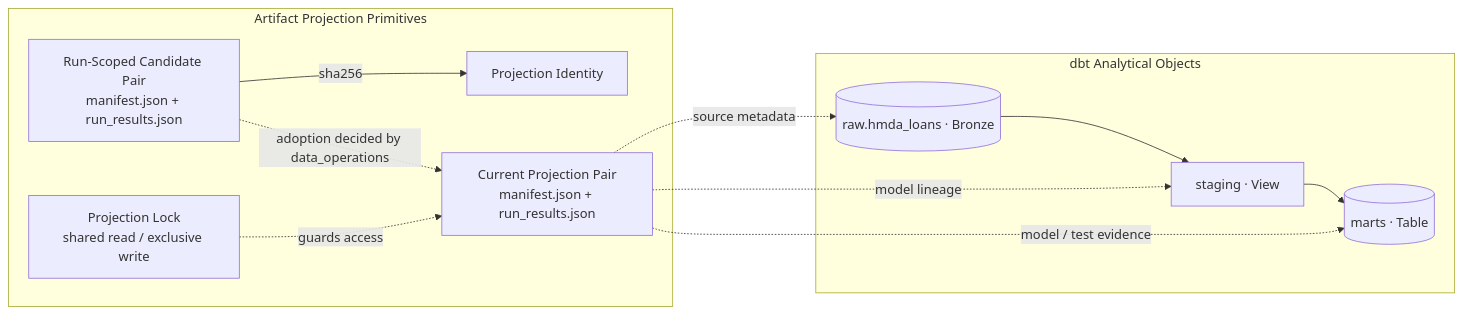
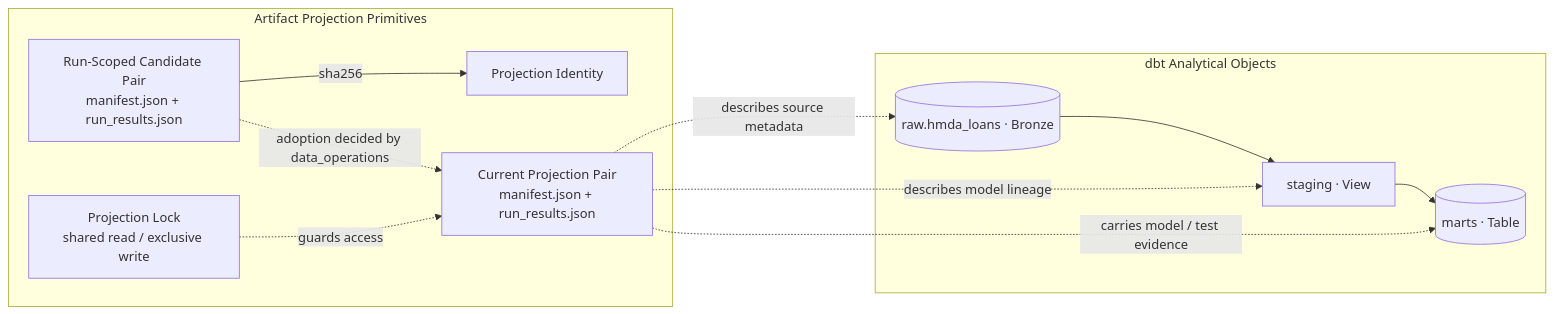
Before and after one commit to mols3131d/hmda-data-reliability: the diagram in docs/domains/data-platform.md, drawn with Mermaid.

Commit message:
docs: clarify artifact projection evidence direction

````diff
--- a/docs/domains/data-platform.md
+++ b/docs/domains/data-platform.md
@@ -19,16 +19,16 @@
 ```mermaid
 flowchart LR
     subgraph analytical_state ["dbt Analytical Objects"]
         bronze[("raw.hmda_loans · Bronze")] --> staging["staging · View"] --> mart[("marts · Table")]
     end
 
     subgraph projection ["Artifact Projection Primitives"]
         candidate["Run-Scoped Candidate Pair<br/>manifest.json + run_results.json"] -->|sha256| identity["Projection Identity"]
         candidate -.->|adoption decided by data_operations| current["Current Projection Pair<br/>manifest.json + run_results.json"]
         lock["Projection Lock<br/>shared read / exclusive write"] -.->|guards access| current
     end
 
-    current -.->|source metadata| bronze
-    current -.->|model lineage| staging
-    current -.->|model / test evidence| mart
+    current -.->|describes source metadata| bronze
+    current -.->|describes model lineage| staging
+    current -.->|carries model / test evidence| mart
 ```
````
